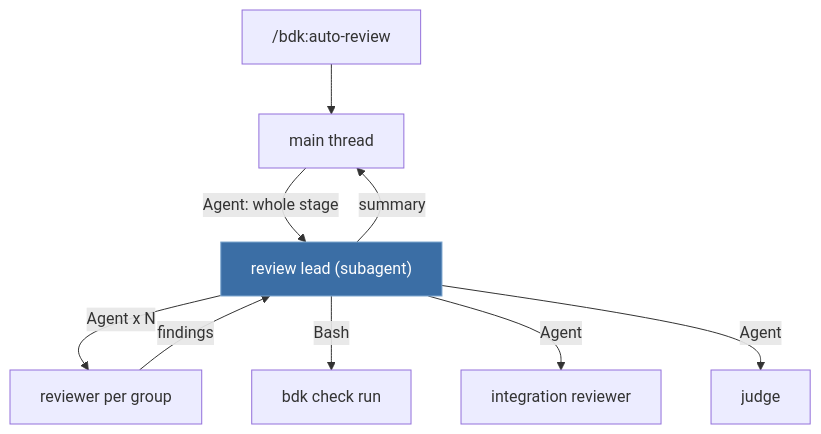
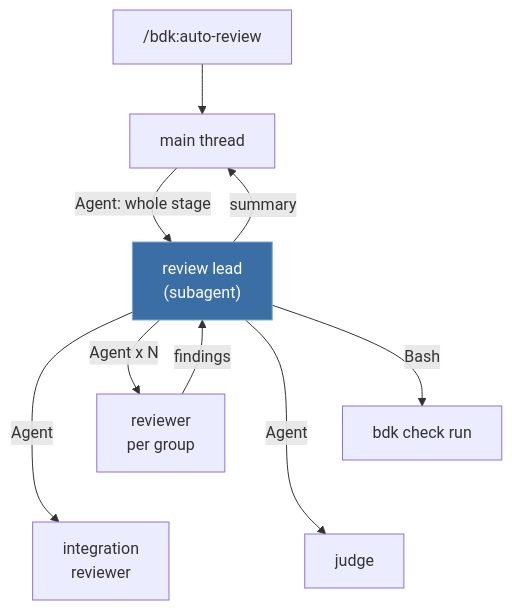
One commit to broneq/bdk changed the third of 12 diagrams in docs/design/2026-10-07-v3-architecture.md. Above: the diagram before and after it, drawn with Mermaid. The commit also changed other lines of this file and 20 other files, not shown here.

First line of the commit message:
fix(docs): fit every diagram into the content column

````diff
--- a/docs/design/2026-10-07-v3-architecture.md
+++ b/docs/design/2026-10-07-v3-architecture.md
@@ -129,13 +133,15 @@
 ```mermaid
 flowchart TB
   U["/bdk:auto-review"] --> S["main thread"]
-  S -->|"Agent: whole stage"| L["review lead (subagent)"]
-  L -->|"Agent x N"| R["reviewer per group"]
+  S -->|"Agent: whole stage"| L["review lead<br/>(subagent)"]
+  L -->|"Agent x N"| R["reviewer<br/>per group"]
   L -->|"Bash"| K["bdk check run"]
   R -->|"findings"| L
-  L -->|"Agent"| I["integration reviewer"]
+  L -->|"Agent"| I["integration<br/>reviewer"]
   L -->|"Agent"| J["judge"]
   L -->|"summary"| S
+  R ~~~ I
+  K ~~~ J
   classDef primary fill:#3b6ea5,stroke:#7fa8d0,color:#ffffff
   class L primary
 ```
````
